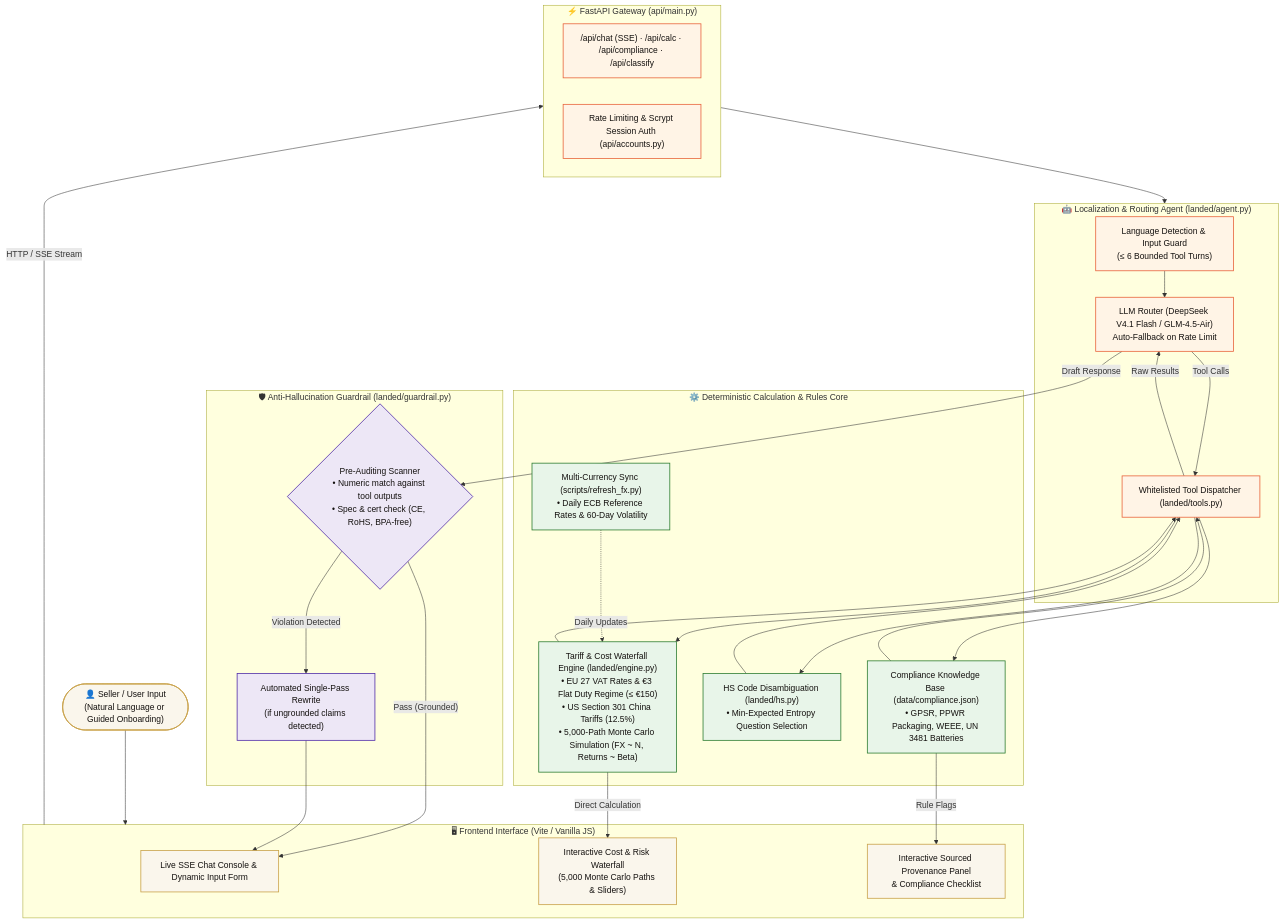
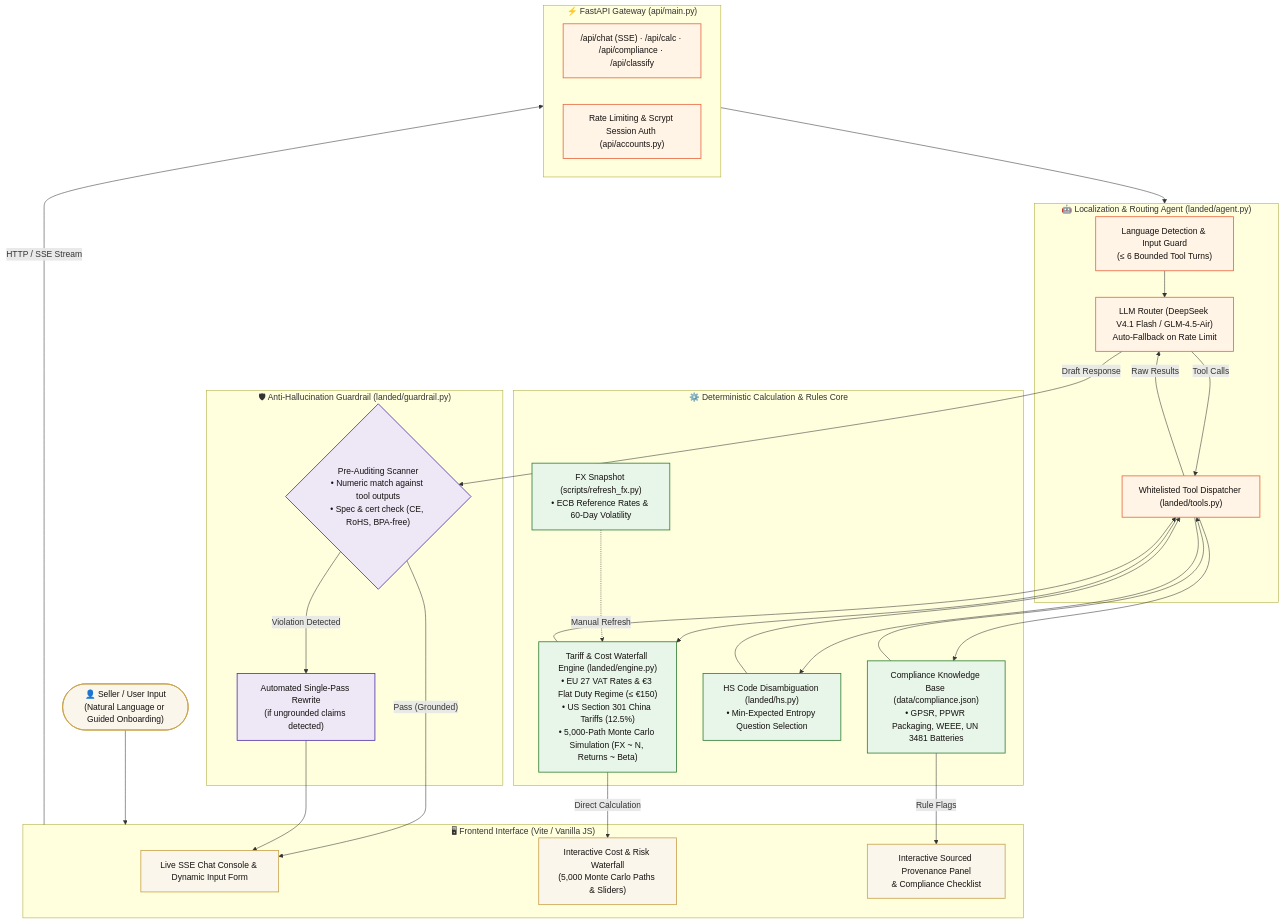
Before and after one commit to davensutejo/Landed: the diagram in README.md, drawn with Mermaid. The commit also changed other lines of this file, not shown here.

````diff
--- a/README.md
+++ b/README.md
@@ -34,62 +46,62 @@
 ```mermaid
 flowchart TD
     classDef ui fill:#FAF6EC,stroke:#C9A24B,stroke-width:1.5px,color:#14110F;
     classDef agent fill:#FFF4E6,stroke:#E8643C,stroke-width:1.5px,color:#14110F;
     classDef engine fill:#E8F5E9,stroke:#2E7D32,stroke-width:1.5px,color:#14110F;
     classDef guard fill:#EDE7F6,stroke:#512DA8,stroke-width:1.5px,color:#14110F;
 
     User(["👤 Seller / User Input\n(Natural Language or Guided Onboarding)"]):::ui
 
     subgraph Frontend ["🖥 Frontend Interface (Vite / Vanilla JS)"]
         UI_Chat["Live SSE Chat Console & Dynamic Input Form"]:::ui
         UI_Card["Interactive Cost & Risk Waterfall\n(5,000 Monte Carlo Paths & Sliders)"]:::ui
         UI_Audit["Interactive Sourced Provenance Panel\n& Compliance Checklist"]:::ui
     end
 
     subgraph Gateway ["⚡ FastAPI Gateway (api/main.py)"]
         API_Route["/api/chat (SSE) · /api/calc · /api/compliance · /api/classify"]:::agent
         RateLimit["Rate Limiting & Scrypt Session Auth (api/accounts.py)"]:::agent
     end
 
     subgraph AgentLoop ["🤖 Localization & Routing Agent (landed/agent.py)"]
         IntentRouter["Language Detection & Input Guard\n(≤ 6 Bounded Tool Turns)"]:::agent
         LLM["LLM Router (DeepSeek V4.1 Flash / GLM-4.5-Air)\nAuto-Fallback on Rate Limit"]:::agent
         ToolDispatch["Whitelisted Tool Dispatcher (landed/tools.py)"]:::agent
     end
 
     subgraph DeterministicCore ["⚙️ Deterministic Calculation & Rules Core"]
         Engine["Tariff & Cost Waterfall Engine (landed/engine.py)\n• EU 27 VAT Rates & €3 Flat Duty Regime (≤ €150)\n• US Section 301 China Tariffs (12.5%)\n• 5,000-Path Monte Carlo Simulation (FX ~ N, Returns ~ Beta)"]:::engine
         HSEntropy["HS Code Disambiguation (landed/hs.py)\n• Min-Expected Entropy Question Selection"]:::engine
-        ECBSync["Multi-Currency Sync (scripts/refresh_fx.py)\n• Daily ECB Reference Rates & 60-Day Volatility"]:::engine
+        ECBSync["FX Snapshot (scripts/refresh_fx.py)\n• ECB Reference Rates & 60-Day Volatility"]:::engine
         ComplianceRules["Compliance Knowledge Base (data/compliance.json)\n• GPSR, PPWR Packaging, WEEE, UN 3481 Batteries"]:::engine
     end
 
     subgraph PostAudit ["🛡 Anti-Hallucination Guardrail (landed/guardrail.py)"]
         GuardAudit{"Pre-Auditing Scanner\n• Numeric match against tool outputs\n• Spec & cert check (CE, RoHS, BPA-free)"}:::guard
         Rewrite["Automated Single-Pass Rewrite\n(if ungrounded claims detected)"]:::guard
     end
 
     %% Flow connections
     User --> Frontend
     Frontend -->|HTTP / SSE Stream| Gateway
     Gateway --> AgentLoop
     IntentRouter --> LLM
     LLM -->|Tool Calls| ToolDispatch
     ToolDispatch --> Engine
     ToolDispatch --> HSEntropy
     ToolDispatch --> ComplianceRules
-    ECBSync -.->|Daily Updates| Engine
+    ECBSync -.->|Manual Refresh| Engine
 
     Engine --> ToolDispatch
     HSEntropy --> ToolDispatch
     ComplianceRules --> ToolDispatch
 
     ToolDispatch -->|Raw Results| LLM
     LLM -->|Draft Response| GuardAudit
     GuardAudit -- "Pass (Grounded)" --> UI_Chat
     GuardAudit -- "Violation Detected" --> Rewrite
     Rewrite --> UI_Chat
 
     Engine -->|Direct Calculation| UI_Card
     ComplianceRules -->|Rule Flags| UI_Audit
 ```
````
